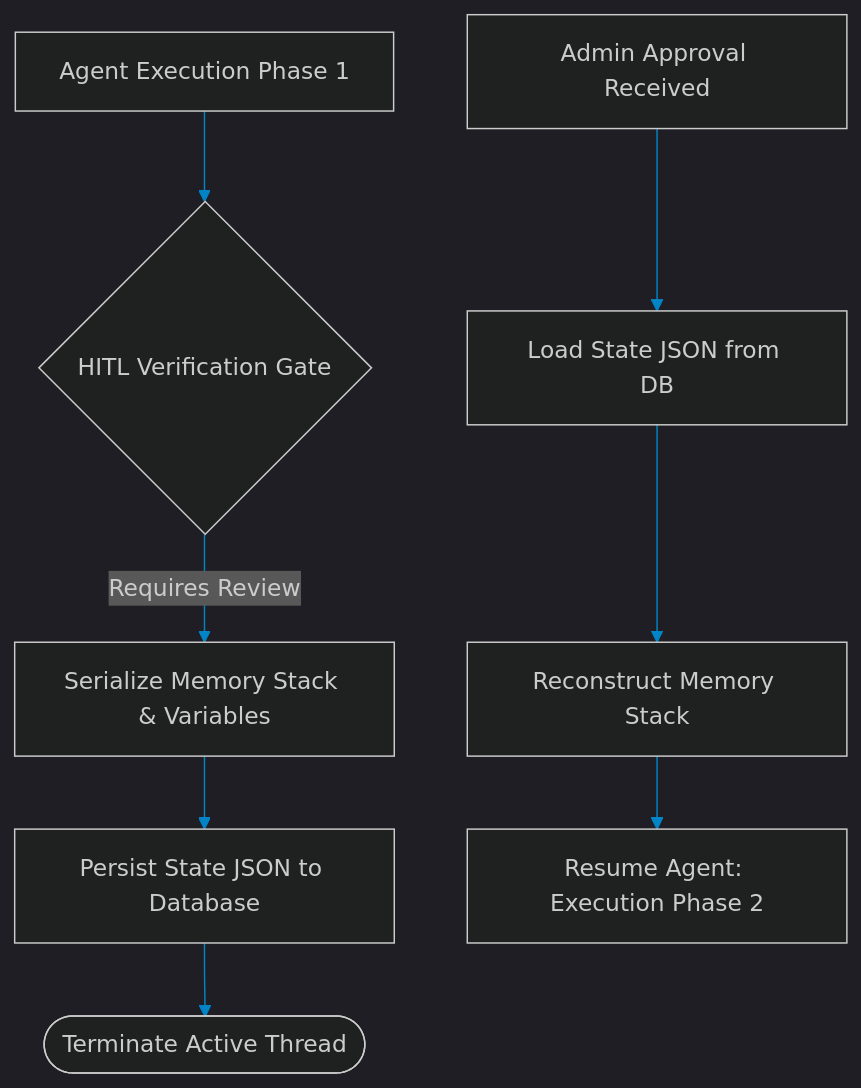
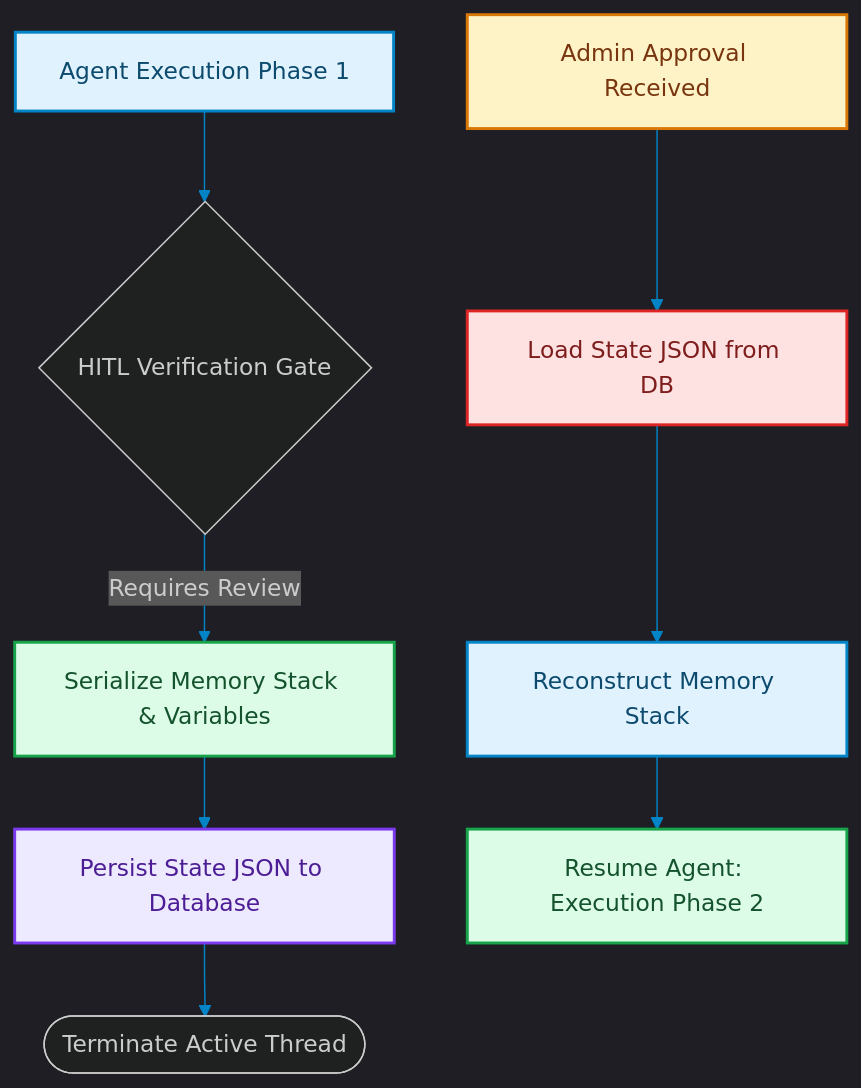
Before and after one commit to akmalkhaniub/akmalkhaniub.github.io: the diagram in blog/posts/hitl-state-machine-checkpoint-persistence.md, drawn with Mermaid. The commit also changed other lines of this file and 1291 other files, not shown here.

First line of the commit message:
feat(catalog): unique covers, scholarly references, and diagram palettes

````diff
--- a/blog/posts/hitl-state-machine-checkpoint-persistence.md
+++ b/blog/posts/hitl-state-machine-checkpoint-persistence.md
@@ -16,13 +16,24 @@
 ```mermaid
 %%{init: {'theme': 'dark', 'themeVariables': { 'primaryColor': '#0284c7', 'primaryTextColor': '#f3f4f6', 'primaryBorderColor': '#38bdf8', 'lineColor': '#0284c7', 'secondaryColor': '#111827', 'tertiaryColor': '#0b0f19'}}}%%
 flowchart TD
-    Run[Agent Execution Phase 1] --> Gate{HITL Verification Gate}
+    Run["Agent Execution Phase 1"] --> Gate{HITL Verification Gate}
     
-    Gate -->|Requires Review| Serialize[Serialize Memory Stack & Variables]
-    Serialize --> DB[Persist State JSON to Database]
+    Gate -->|Requires Review| Serialize["Serialize Memory Stack & Variables"]
+    Serialize --> DB["Persist State JSON to Database"]
     DB --> Exit([Terminate Active Thread])
     
-    Callback[Admin Approval Received] --> Load[Load State JSON from DB]
-    Load --> Deserialize[Reconstruct Memory Stack]
-    Deserialize --> Resume[Resume Agent: Execution Phase 2]
+    Callback["Admin Approval Received"] --> Load["Load State JSON from DB"]
+    Load --> Deserialize["Reconstruct Memory Stack"]
+    Deserialize --> Resume["Resume Agent: Execution Phase 2"]
+
+classDef green fill:#dcfce7,stroke:#16a34a,stroke-width:2px,color:#14532d;
+classDef red fill:#fee2e2,stroke:#dc2626,stroke-width:2px,color:#7f1d1d;
+classDef blue fill:#e0f2fe,stroke:#0284c7,stroke-width:2px,color:#0c4a6e;
+classDef yellow fill:#fef3c7,stroke:#d97706,stroke-width:2px,color:#78350f;
+classDef purple fill:#ede9fe,stroke:#7c3aed,stroke-width:2px,color:#4c1d95;
+class Run,Deserialize blue
+class Serialize,Resume green
+class DB purple
+class Callback yellow
+class Load red
 ```
````
